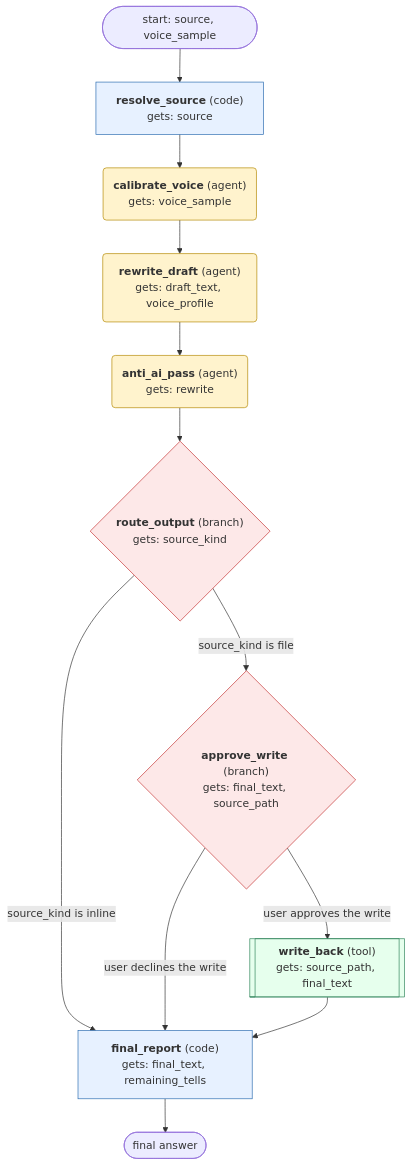
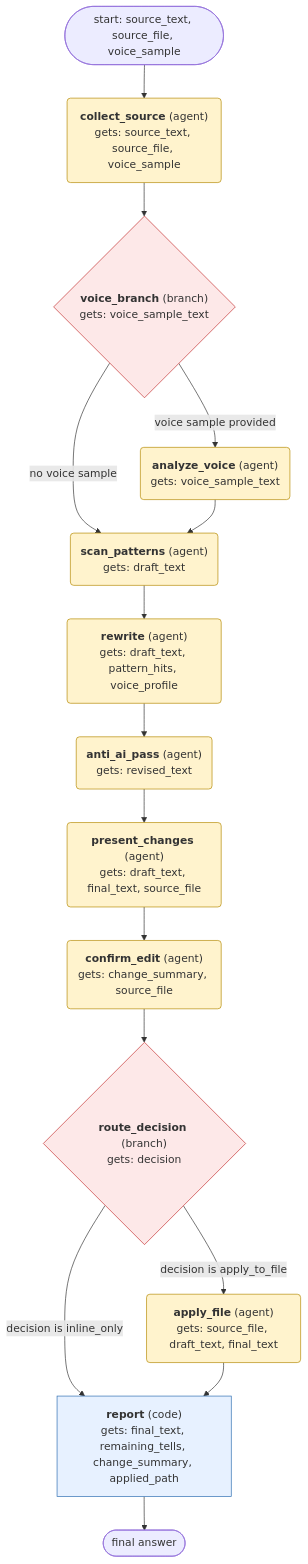
One commit to payalkanyan/hermes-pilot changed the diagram in workflow/generated/humanizer/FLOWCHART.md. Above: the diagram before and after it, drawn with Mermaid. The commit also changed other lines of this file and 39 other files, not shown here.

````diff
--- a/workflow/generated/humanizer/FLOWCHART.md
+++ b/workflow/generated/humanizer/FLOWCHART.md
@@ -5,31 +5,36 @@
 ```mermaid
 flowchart TD
-  start(["start: source, voice_sample"])
-  resolve_source["<b>resolve_source</b> (code)<br/>gets: source"]
-  calibrate_voice("<b>calibrate_voice</b> (agent)<br/>gets: voice_sample")
-  rewrite_draft("<b>rewrite_draft</b> (agent)<br/>gets: draft_text, voice_profile")
-  anti_ai_pass("<b>anti_ai_pass</b> (agent)<br/>gets: rewrite")
-  route_output{"<b>route_output</b> (branch)<br/>gets: source_kind"}
-  approve_write{"<b>approve_write</b> (branch)<br/>gets: final_text, source_path"}
-  write_back[["<b>write_back</b> (tool)<br/>gets: source_path, final_text"]]
-  final_report["<b>final_report</b> (code)<br/>gets: final_text, remaining_tells"]
-  final_report --> finish(["final answer"])
-  start --> resolve_source
-  resolve_source --> calibrate_voice
-  calibrate_voice --> rewrite_draft
-  rewrite_draft --> anti_ai_pass
-  anti_ai_pass --> route_output
-  route_output -->|source_kind is file| approve_write
-  route_output -->|source_kind is inline| final_report
-  approve_write -->|user approves the write| write_back
-  approve_write -->|user declines the write| final_report
-  write_back --> final_report
+  start(["start: source_text, source_file, voice_sample"])
+  collect_source("<b>collect_source</b> (agent)<br/>gets: source_text, source_file, voice_sample")
+  voice_branch{"<b>voice_branch</b> (branch)<br/>gets: voice_sample_text"}
+  analyze_voice("<b>analyze_voice</b> (agent)<br/>gets: voice_sample_text")
+  scan_patterns("<b>scan_patterns</b> (agent)<br/>gets: draft_text")
+  rewrite("<b>rewrite</b> (agent)<br/>gets: draft_text, pattern_hits, voice_profile")
+  anti_ai_pass("<b>anti_ai_pass</b> (agent)<br/>gets: revised_text")
+  present_changes("<b>present_changes</b> (agent)<br/>gets: draft_text, final_text, source_file")
+  confirm_edit("<b>confirm_edit</b> (agent)<br/>gets: change_summary, source_file")
+  route_decision{"<b>route_decision</b> (branch)<br/>gets: decision"}
+  apply_file("<b>apply_file</b> (agent)<br/>gets: source_file, draft_text, final_text")
+  report["<b>report</b> (code)<br/>gets: final_text, remaining_tells, change_summary, applied_path"]
+  report --> finish(["final answer"])
+  start --> collect_source
+  collect_source --> voice_branch
+  voice_branch -->|voice sample provided| analyze_voice
+  voice_branch -->|no voice sample| scan_patterns
+  analyze_voice --> scan_patterns
+  scan_patterns --> rewrite
+  rewrite --> anti_ai_pass
+  anti_ai_pass --> present_changes
+  present_changes --> confirm_edit
+  confirm_edit --> route_decision
+  route_decision -->|decision is apply_to_file| apply_file
+  route_decision -->|decision is inline_only| report
+  apply_file --> report
   classDef agent fill:#fff3cd,stroke:#b58900;
   classDef code fill:#e7f1ff,stroke:#2b6cb0;
   classDef tool fill:#e6ffed,stroke:#2f855a;
   classDef branch fill:#fde8e8,stroke:#c53030;
-  class calibrate_voice,rewrite_draft,anti_ai_pass agent;
-  class route_output,approve_write branch;
-  class resolve_source,final_report code;
-  class write_back tool;
+  class collect_source,analyze_voice,scan_patterns,rewrite,anti_ai_pass,present_changes,confirm_edit,apply_file agent;
+  class report code;
+  class voice_branch,route_decision branch;
 ```
````
